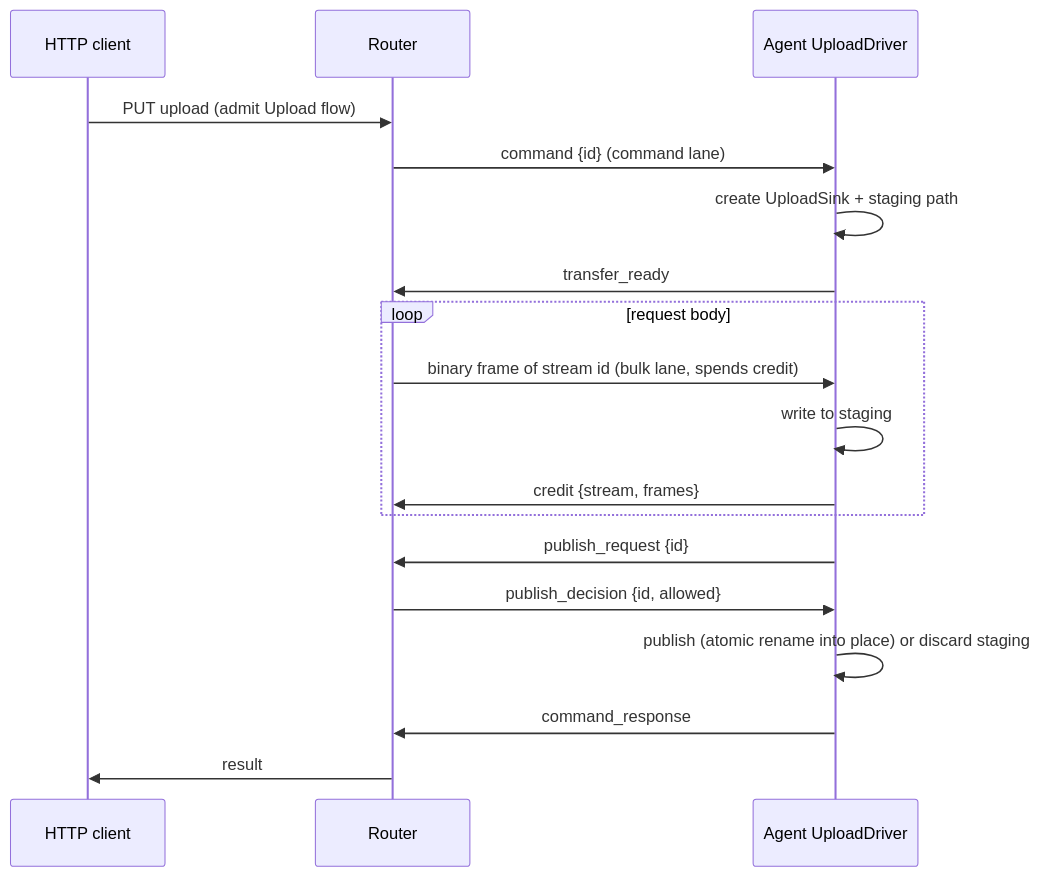
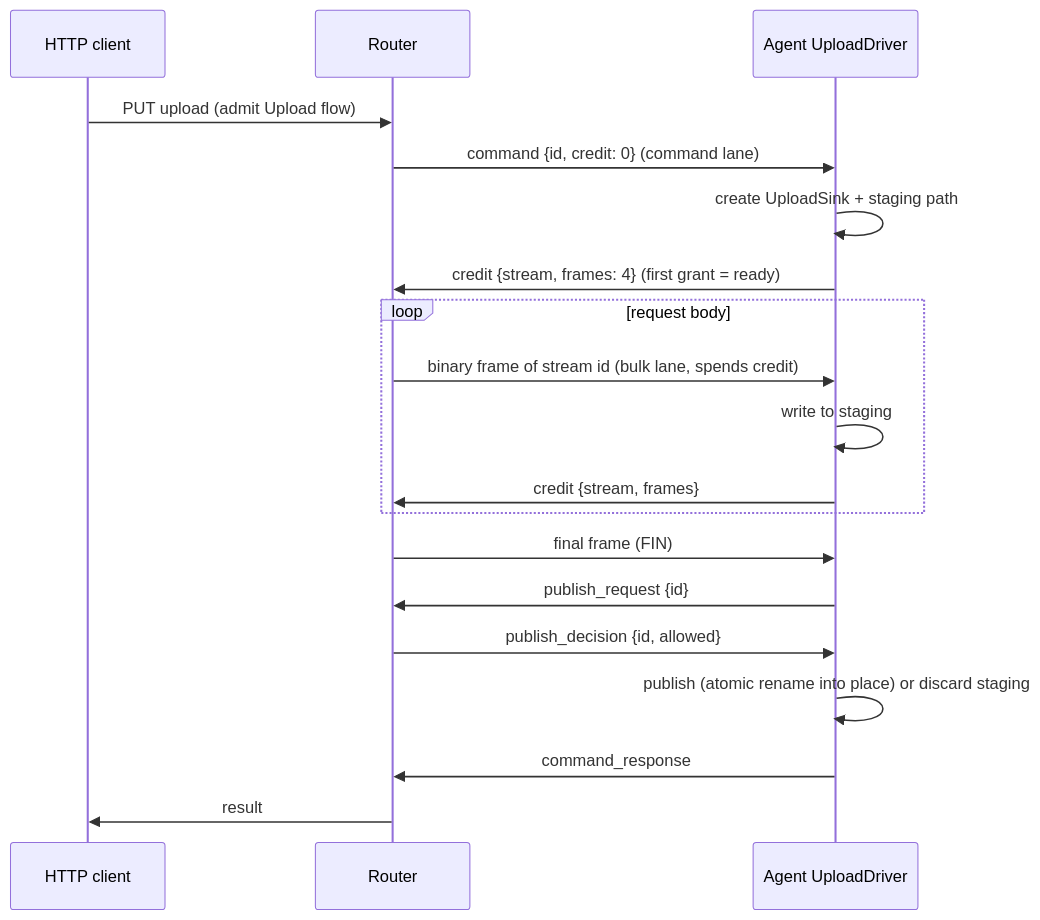
Before and after one commit to FruitieX/redoor: the eighth of 10 diagrams in ARCHITECTURE.md, drawn with Mermaid. The commit also changed other lines of this file, not shown here.

````diff
--- a/ARCHITECTURE.md
+++ b/ARCHITECTURE.md
@@ -442,21 +484,22 @@
 ```mermaid
 sequenceDiagram
     participant C as HTTP client
     participant R as Router
     participant A as Agent UploadDriver
 
     C->>R: PUT upload (admit Upload flow)
-    R->>A: command {id} (command lane)
+    R->>A: command {id, credit: 0} (command lane)
     A->>A: create UploadSink + staging path
-    A->>R: transfer_ready
+    A->>R: credit {stream, frames: 4} (first grant = ready)
     loop request body
         R->>A: binary frame of stream id (bulk lane, spends credit)
         A->>A: write to staging
         A->>R: credit {stream, frames}
     end
+    R->>A: final frame (FIN)
     A->>R: publish_request {id}
     R->>A: publish_decision {id, allowed}
     A->>A: publish (atomic rename into place) or discard staging
     A->>R: command_response
     R->>C: result
 ```
````
